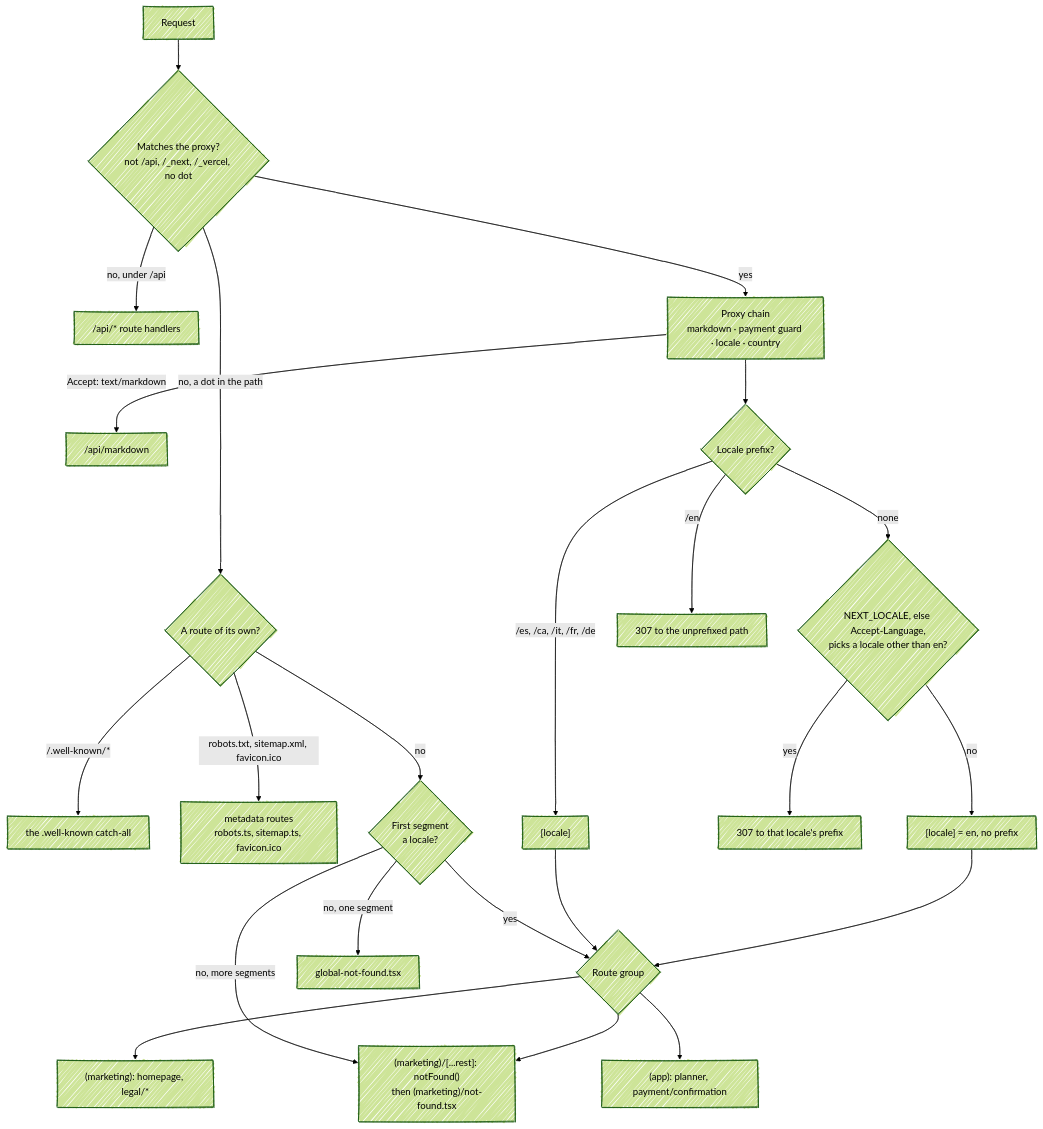
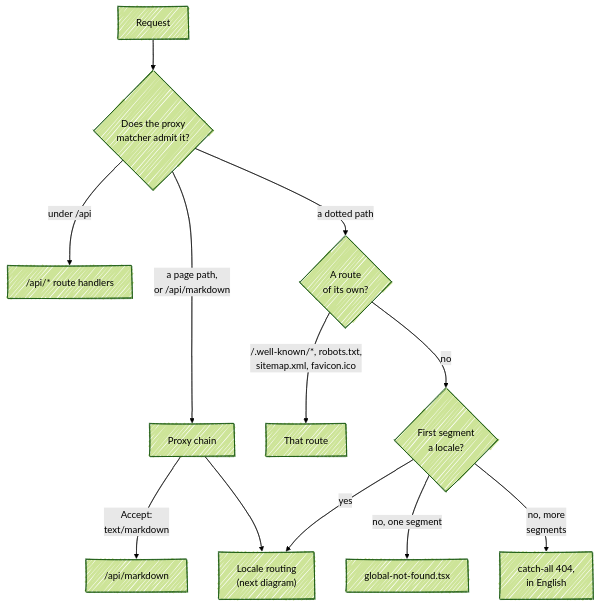
Before and after one commit to fbuireu/forever-pto: the first of 2 diagrams in apps/docs/src/content/docs/architecture/routing.mdx, drawn with Mermaid (forest theme). The commit also changed other lines of this file and 7 other files, not shown here.

First line of the commit message:
docs(docs): correct the architecture pages and split the routing diagram

````diff
--- a/apps/docs/src/content/docs/architecture/routing.mdx
+++ b/apps/docs/src/content/docs/architecture/routing.mdx
@@ -37,29 +38,19 @@
 ```mermaid
 ---
 config:
   look: handDrawn
   layout: dagre
 ---
 flowchart TD
-  REQ[Request] --> M{"Matches the proxy?<br/>not /api, /_next, /_vercel, no dot"}
-  M -- "no, under /api" --> API["/api/* route handlers"]
-  M -- "no, a dot in the path" --> OWN{"A route of its own?"}
-  OWN -- "/.well-known/*" --> WK["the .well-known catch-all"]
-  OWN -- "robots.txt, sitemap.xml, favicon.ico" --> META["metadata routes<br/>robots.ts, sitemap.ts, favicon.ico"]
-  OWN -- no --> DOT{"First segment<br/>a locale?"}
-  M -- yes --> PX["Proxy chain<br/>markdown · payment guard · locale · country"]
-  PX -->|"Accept: text/markdown"| MD["/api/markdown"]
-  PX --> LOC{Locale prefix?}
-  LOC -->|none| NEG{"NEXT_LOCALE, else Accept-Language,<br/>picks a locale other than en?"}
-  NEG -- no --> EN["[locale] = en, no prefix"]
-  NEG -- yes --> RD["307 to that locale's prefix"]
-  LOC -->|"/en"| ST["307 to the unprefixed path"]
-  LOC -->|"/es, /ca, /it, /fr, /de"| L["[locale]"]
-  EN & L --> G{Route group}
-  G --> MK["(marketing): homepage, legal/*"]
-  G --> AP["(app): planner, payment/confirmation"]
-  G --> CA["(marketing)/[...rest]: notFound()<br/>then (marketing)/not-found.tsx"]
-  DOT -- yes --> G
-  DOT -- "no, one segment" --> GNF[global-not-found.tsx]
-  DOT -- "no, more segments" --> CA
+  REQ[Request] --> M{"Does the proxy<br/>matcher admit it?"}
+  M -- "a page path,<br/>or /api/markdown" --> PX["Proxy chain"]
+  M -- "under /api" --> API["/api/* route handlers"]
+  M -- "a dotted path" --> OWN{"A route<br/>of its own?"}
+  OWN -- "/.well-known/*, robots.txt,<br/>sitemap.xml, favicon.ico" --> WK["That route"]
+  OWN -- no --> SEG{"First segment<br/>a locale?"}
+  PX -->|"Accept:<br/>text/markdown"| MD["/api/markdown"]
+  PX --> LOC["Locale routing<br/>(next diagram)"]
+  SEG -- yes --> LOC
+  SEG -- "no, one segment" --> GNF["global-not-found.tsx"]
+  SEG -- "no, more<br/>segments" --> CA["catch-all 404,<br/>in English"]
 ```
````
